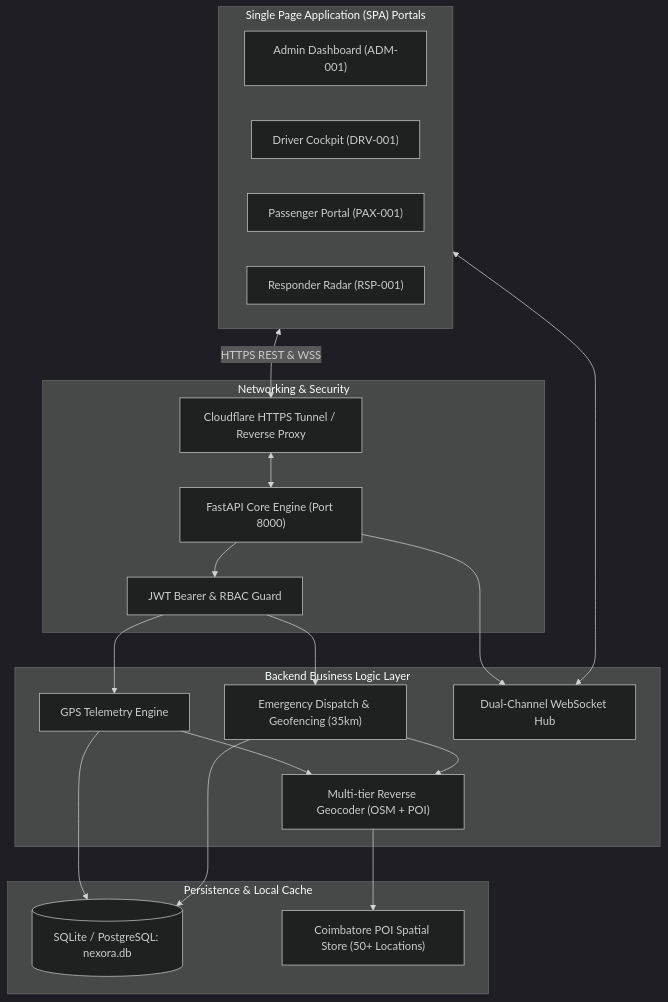
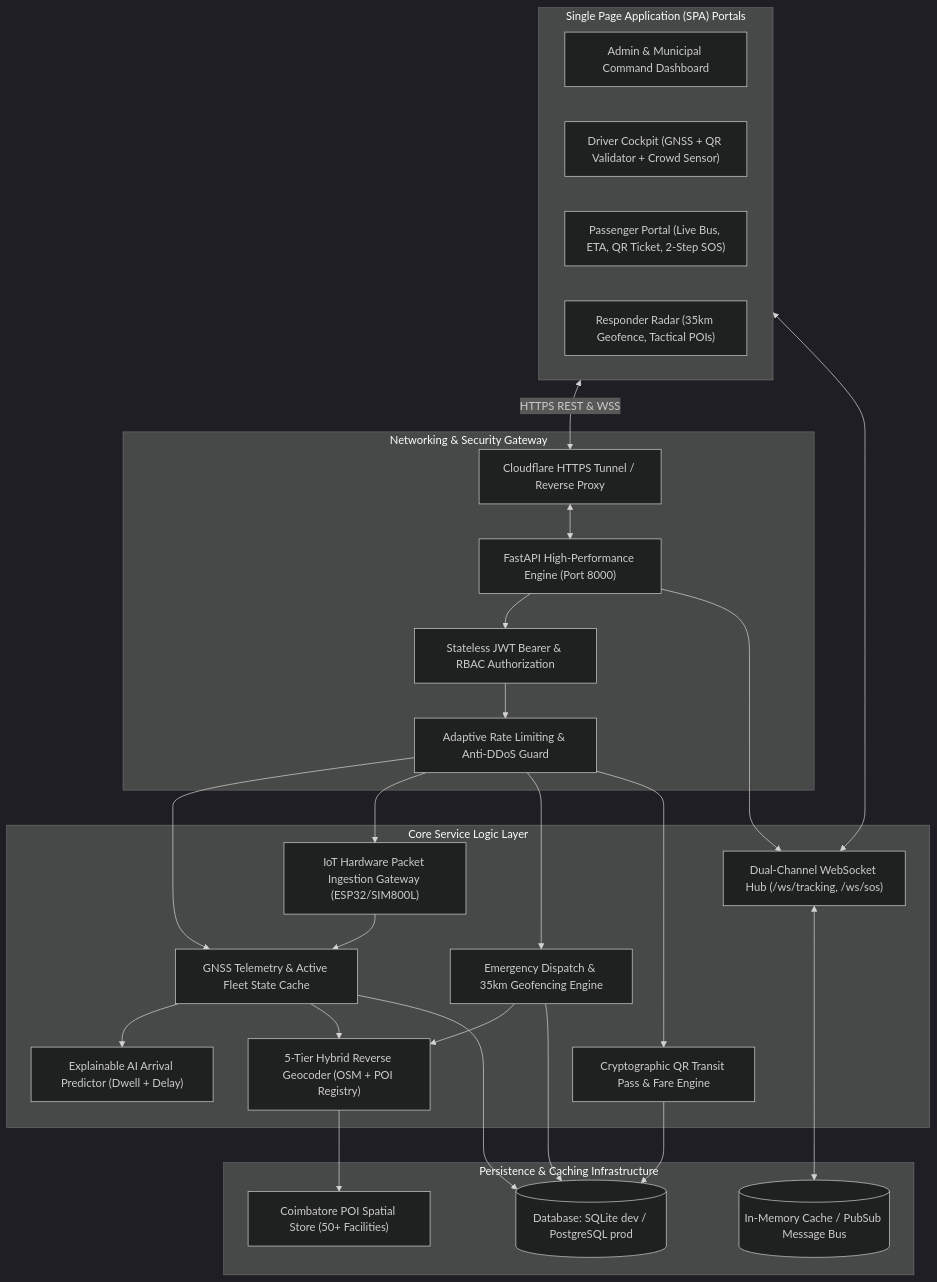
Before and after one commit to adarshmen0n/NEXORA_V1: the diagram in PROJECT_CONTEXT.md, drawn with Mermaid (dark theme). The commit also changed other lines of this file and 5 other files, not shown here.

````diff
--- a/PROJECT_CONTEXT.md
+++ b/PROJECT_CONTEXT.md
@@ -23,40 +25,54 @@
 ```mermaid
 flowchart TD
     subgraph Clients["Single Page Application (SPA) Portals"]
-        AdminUI["Admin Dashboard (ADM-001)"]
-        DriverUI["Driver Cockpit (DRV-001)"]
-        PaxUI["Passenger Portal (PAX-001)"]
-        RespUI["Responder Radar (RSP-001)"]
+        AdminUI["Admin & Municipal Command Dashboard"]
+        DriverUI["Driver Cockpit (GNSS + QR Validator + Crowd Sensor)"]
+        PaxUI["Passenger Portal (Live Bus, ETA, QR Ticket, 2-Step SOS)"]
+        RespUI["Responder Radar (35km Geofence, Tactical POIs)"]
     end
 
-    subgraph Ingress["Networking & Security"]
+    subgraph Ingress["Networking & Security Gateway"]
         CF["Cloudflare HTTPS Tunnel / Reverse Proxy"]
-        FastAPIEngine["FastAPI Core Engine (Port 8000)"]
-        AuthMiddleware["JWT Bearer & RBAC Guard"]
+        FastAPIEngine["FastAPI High-Performance Engine (Port 8000)"]
+        AuthGuard["Stateless JWT Bearer & RBAC Authorization"]
+        RateLimiter["Adaptive Rate Limiting & Anti-DDoS Guard"]
     end
 
-    subgraph Services["Backend Business Logic Layer"]
-        TrackingSvc["GPS Telemetry Engine"]
-        SOSSvc["Emergency Dispatch & Geofencing (35km)"]
-        GeocodeSvc["Multi-tier Reverse Geocoder (OSM + POI)"]
-        WSHub["Dual-Channel WebSocket Hub"]
+    subgraph Microservices["Core Service Logic Layer"]
+        TrackingSvc["GNSS Telemetry & Active Fleet State Cache"]
+        IoTSvc["IoT Hardware Packet Ingestion Gateway (ESP32/SIM800L)"]
+        SOSSvc["Emergency Dispatch & 35km Geofencing Engine"]
+        GeocodeSvc["5-Tier Hybrid Reverse Geocoder (OSM + POI Registry)"]
+        ETASvc["Explainable AI Arrival Predictor (Dwell + Delay)"]
+        TicketSvc["Cryptographic QR Transit Pass & Fare Engine"]
+        WSHub["Dual-Channel WebSocket Hub (/ws/tracking, /ws/sos)"]
     end
 
-    subgraph Data["Persistence & Local Cache"]
-        DB[(SQLite / PostgreSQL: nexora.db)]
-        POIRegistry["Coimbatore POI Spatial Store (50+ Locations)"]
+    subgraph Data["Persistence & Caching Infrastructure"]
+        DB[(Database: SQLite dev / PostgreSQL prod)]
+        RedisCache[(In-Memory Cache / PubSub Message Bus)]
+        POIRegistry["Coimbatore POI Spatial Store (50+ Facilities)"]
     end
 
     Clients <-->|HTTPS REST & WSS| CF
     CF <--> FastAPIEngine
-    FastAPIEngine --> AuthMiddleware
-    AuthMiddleware --> TrackingSvc
-    AuthMiddleware --> SOSSvc
+    FastAPIEngine --> AuthGuard
+    AuthGuard --> RateLimiter
+    RateLimiter --> TrackingSvc
+    RateLimiter --> IoTSvc
+    RateLimiter --> SOSSvc
+    RateLimiter --> TicketSvc
     FastAPIEngine --> WSHub
+
+    TrackingSvc --> ETASvc
     TrackingSvc --> GeocodeSvc
     SOSSvc --> GeocodeSvc
     GeocodeSvc --> POIRegistry
     TrackingSvc --> DB
     SOSSvc --> DB
+    TicketSvc --> DB
+    IoTSvc --> TrackingSvc
+
+    WSHub <--> RedisCache
     WSHub <--> Clients
 ```
````
